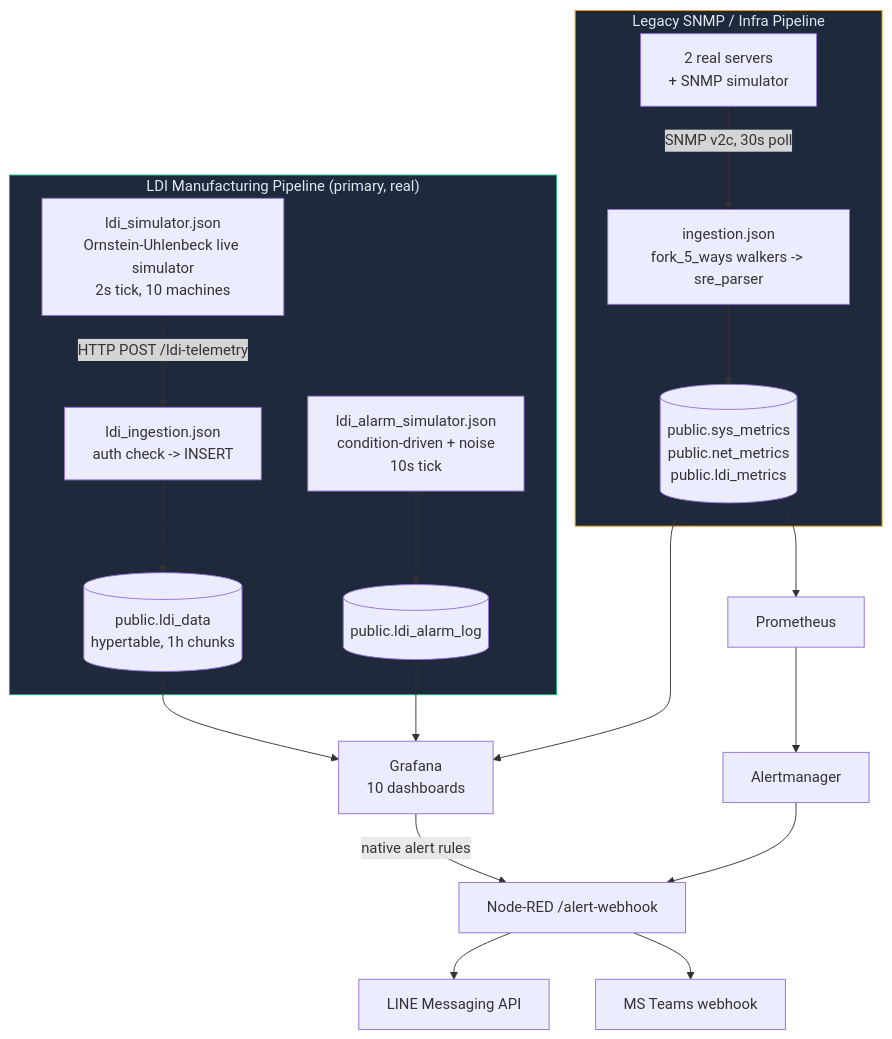
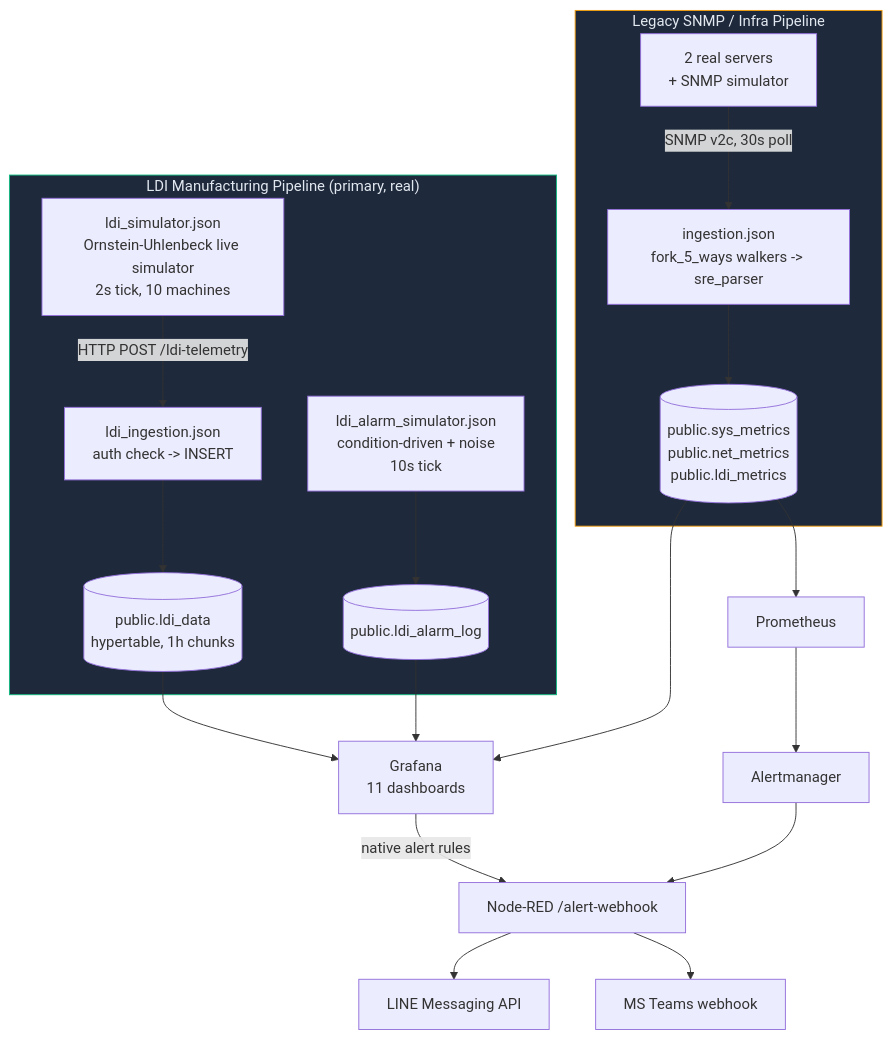
One commit to PATTANAKORN025/IMS changed the diagram in docs/architecture/ARCHITECTURE.md. Above: the diagram before and after it, drawn with Mermaid. The commit also changed 7 other files, not shown here.

````diff
--- a/docs/architecture/ARCHITECTURE.md
+++ b/docs/architecture/ARCHITECTURE.md
@@ -11,25 +11,25 @@
 ```mermaid
 flowchart TB
     subgraph LDI ["LDI Manufacturing Pipeline (primary, real)"]
         SIM["ldi_simulator.json\nOrnstein-Uhlenbeck live simulator\n2s tick, 10 machines"] -->|"HTTP POST /ldi-telemetry"| ING["ldi_ingestion.json\nauth check -> INSERT"]
         ING --> LDIDATA[("public.ldi_data\nhypertable, 1h chunks")]
         ALMSIM["ldi_alarm_simulator.json\ncondition-driven + noise\n10s tick"] --> ALARMLOG[("public.ldi_alarm_log")]
     end
 
     subgraph LEGACY ["Legacy SNMP / Infra Pipeline"]
         DEV["2 real servers\n+ SNMP simulator"] -->|"SNMP v2c, 30s poll"| NR["ingestion.json\nfork_5_ways walkers -> sre_parser"]
         NR --> SYSMETRICS[("public.sys_metrics\npublic.net_metrics\npublic.ldi_metrics")]
     end
 
-    LDIDATA --> GRAFANA["Grafana\n10 dashboards"]
+    LDIDATA --> GRAFANA["Grafana\n11 dashboards"]
     ALARMLOG --> GRAFANA
     SYSMETRICS --> GRAFANA
     SYSMETRICS --> PROM["Prometheus"]
     GRAFANA -->|"native alert rules"| NRWEBHOOK["Node-RED /alert-webhook"]
     PROM --> AM["Alertmanager"] --> NRWEBHOOK
     NRWEBHOOK --> LINE["LINE Messaging API"]
     NRWEBHOOK --> TEAMS["MS Teams webhook"]
 
     style LDI fill:#1e293b,stroke:#10B981,color:#e2e8f0
     style LEGACY fill:#1e293b,stroke:#F59E0B,color:#e2e8f0
 ```
````
